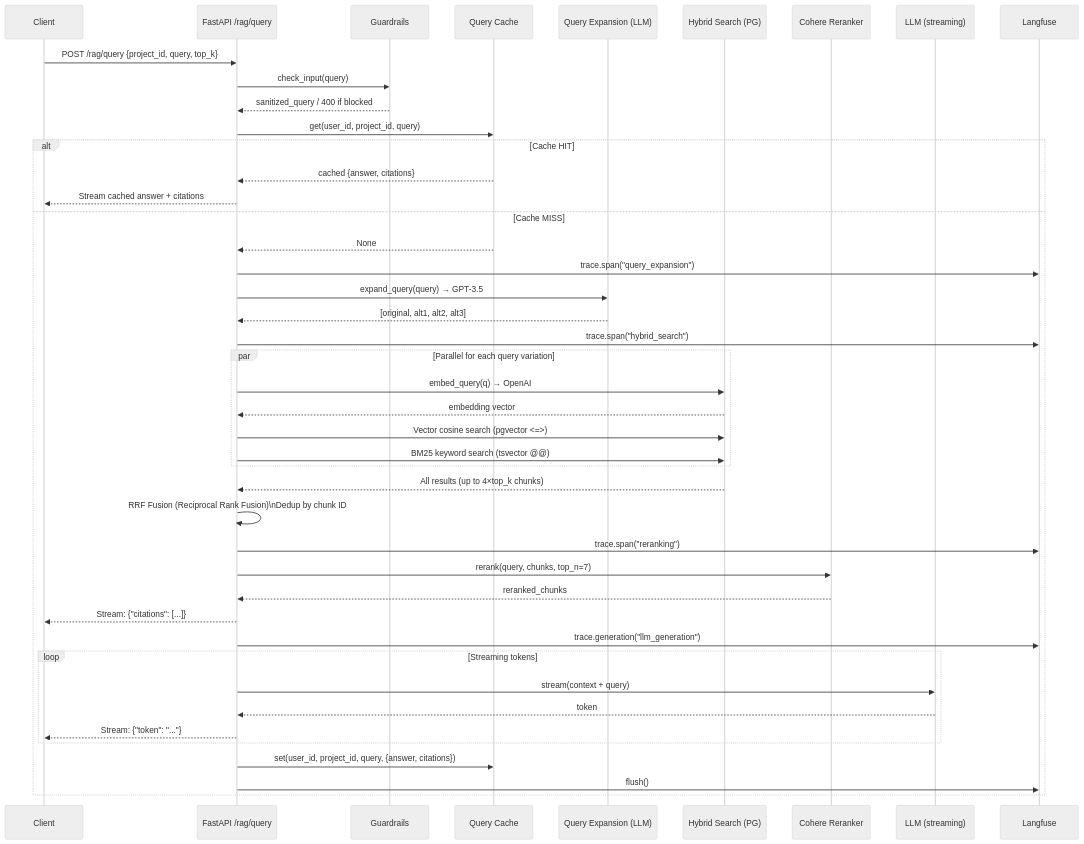
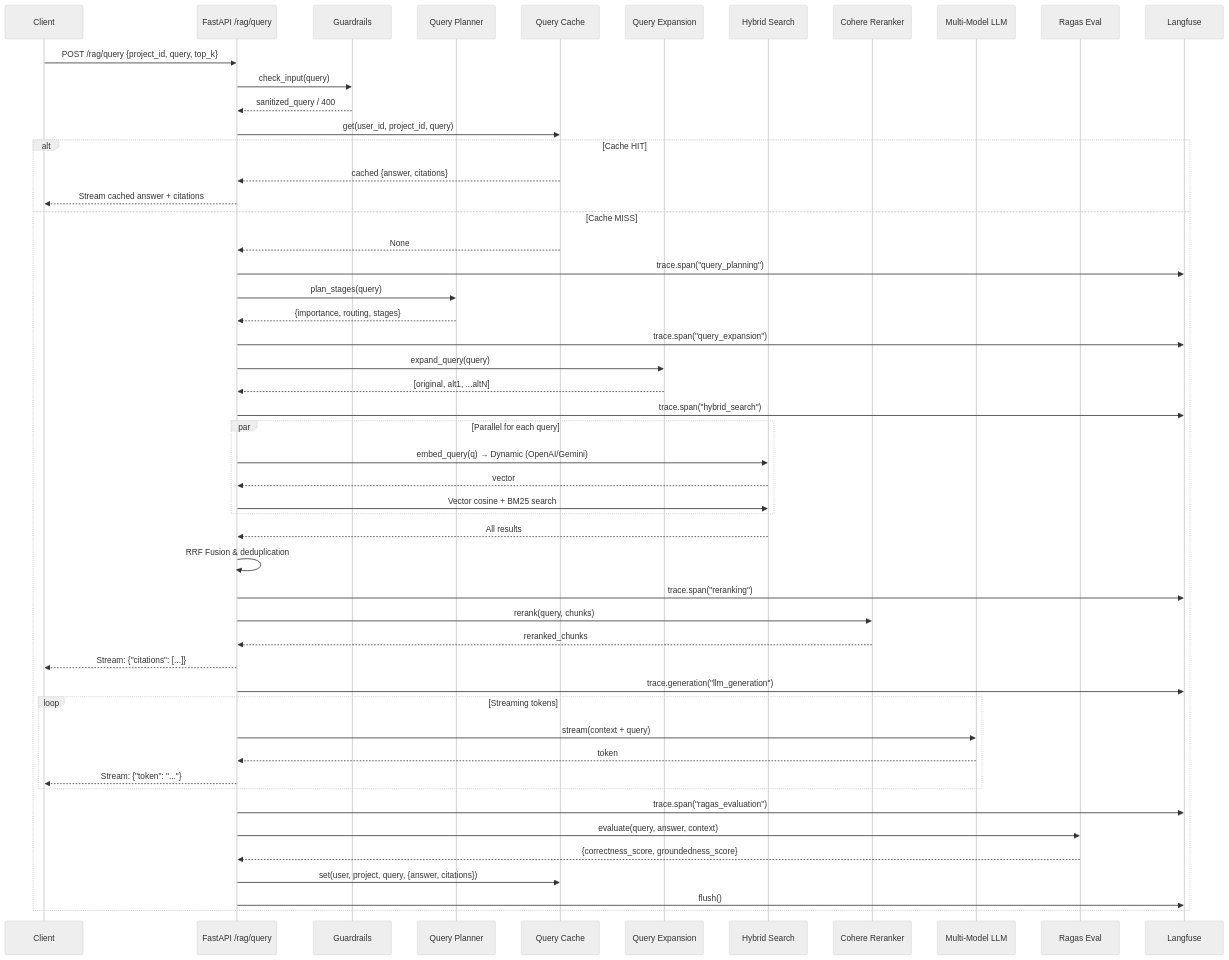
The fifth of 14 diagrams in docs/architecture.md (singhdeepakkk04/Ragify), drawn with Mermaid (neutral theme) before and after one commit. The commit also changed other lines of this file and 2 other files, not shown here.

Commit message:
fix(backend): resolved openai httpx conflict and redis ssl error; docs: updated architecture

````diff
--- a/docs/architecture.md
+++ b/docs/architecture.md
@@ -313,55 +319,64 @@
 ```mermaid
 sequenceDiagram
     participant Client
     participant API as FastAPI /rag/query
     participant Guard as Guardrails
+    participant Planner as Query Planner
     participant Cache as Query Cache
-    participant Expand as Query Expansion (LLM)
-    participant Search as Hybrid Search (PG)
+    participant Expand as Query Expansion
+    participant Search as Hybrid Search
     participant Rerank as Cohere Reranker
-    participant LLM as LLM (streaming)
+    participant LLM as Multi-Model LLM
+    participant Eval as Ragas Eval
     participant Langfuse
 
     Client->>API: POST /rag/query {project_id, query, top_k}
     API->>Guard: check_input(query)
-    Guard-->>API: sanitized_query / 400 if blocked
+    Guard-->>API: sanitized_query / 400
 
     API->>Cache: get(user_id, project_id, query)
     alt Cache HIT
         Cache-->>API: cached {answer, citations}
         API-->>Client: Stream cached answer + citations
     else Cache MISS
         Cache-->>API: None
 
+        API->>Langfuse: trace.span("query_planning")
+        API->>Planner: plan_stages(query)
+        Planner-->>API: {importance, routing, stages}
+
         API->>Langfuse: trace.span("query_expansion")
-        API->>Expand: expand_query(query) → GPT-3.5
-        Expand-->>API: [original, alt1, alt2, alt3]
+        API->>Expand: expand_query(query)
+        Expand-->>API: [original, alt1, ...altN]
 
         API->>Langfuse: trace.span("hybrid_search")
-        par Parallel for each query variation
-            API->>Search: embed_query(q) → OpenAI
-            Search-->>API: embedding vector
-            API->>Search: Vector cosine search (pgvector <=>)
-            API->>Search: BM25 keyword search (tsvector @@)
+        par Parallel for each query
+            API->>Search: embed_query(q) → Dynamic (OpenAI/Gemini)
+            Search-->>API: vector
+            API->>Search: Vector cosine + BM25 search
         end
-        Search-->>API: All results (up to 4×top_k chunks)
+        Search-->>API: All results
 
-        API->>API: RRF Fusion (Reciprocal Rank Fusion)\nDedup by chunk ID
+        API->>API: RRF Fusion & deduplication
 
         API->>Langfuse: trace.span("reranking")
-        API->>Rerank: rerank(query, chunks, top_n=7)
+        API->>Rerank: rerank(query, chunks)
         Rerank-->>API: reranked_chunks
 
         API-->>Client: Stream: {"citations": [...]}
 
         API->>Langfuse: trace.generation("llm_generation")
         loop Streaming tokens
             API->>LLM: stream(context + query)
             LLM-->>API: token
             API-->>Client: Stream: {"token": "..."}
         end
 
-        API->>Cache: set(user_id, project_id, query, {answer, citations})
+        API->>Langfuse: trace.span("ragas_evaluation")
+        API->>Eval: evaluate(query, answer, context)
+        Eval-->>API: {correctness_score, groundedness_score}
+
+        API->>Cache: set(user, project, query, {answer, citations})
         API->>Langfuse: flush()
     end
 ```
````
